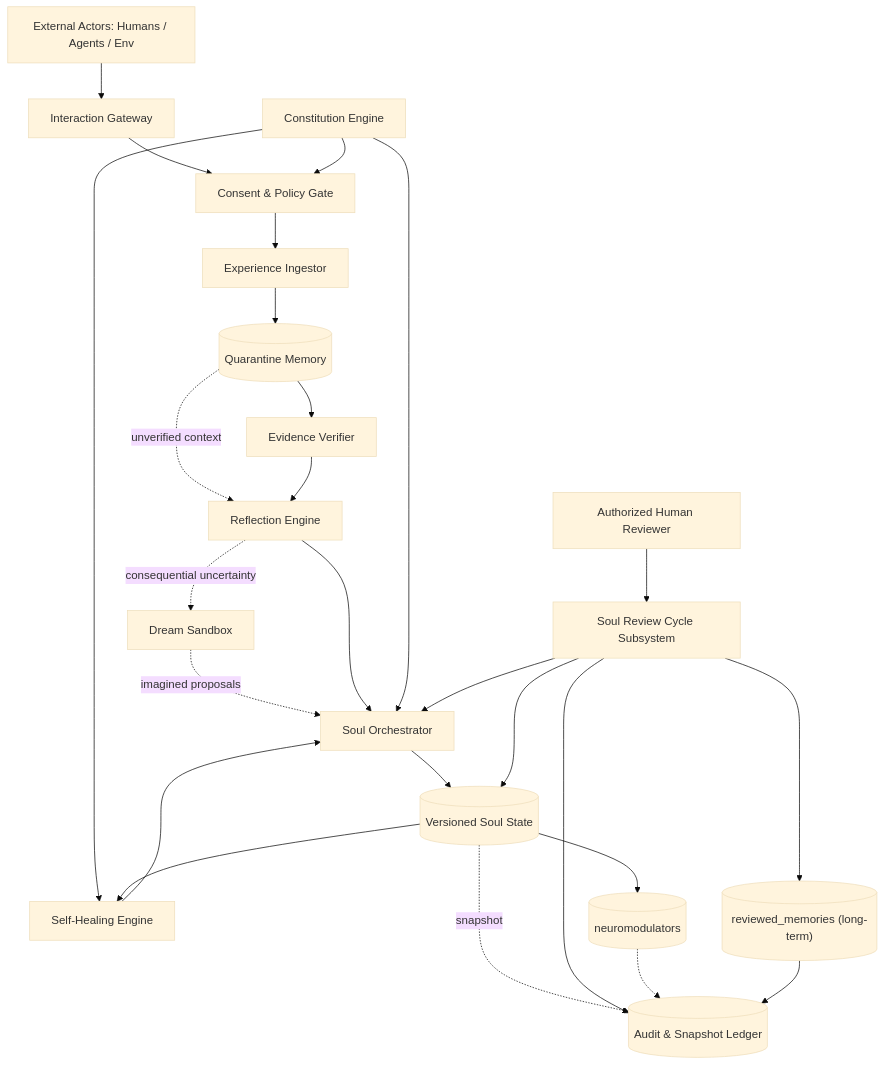
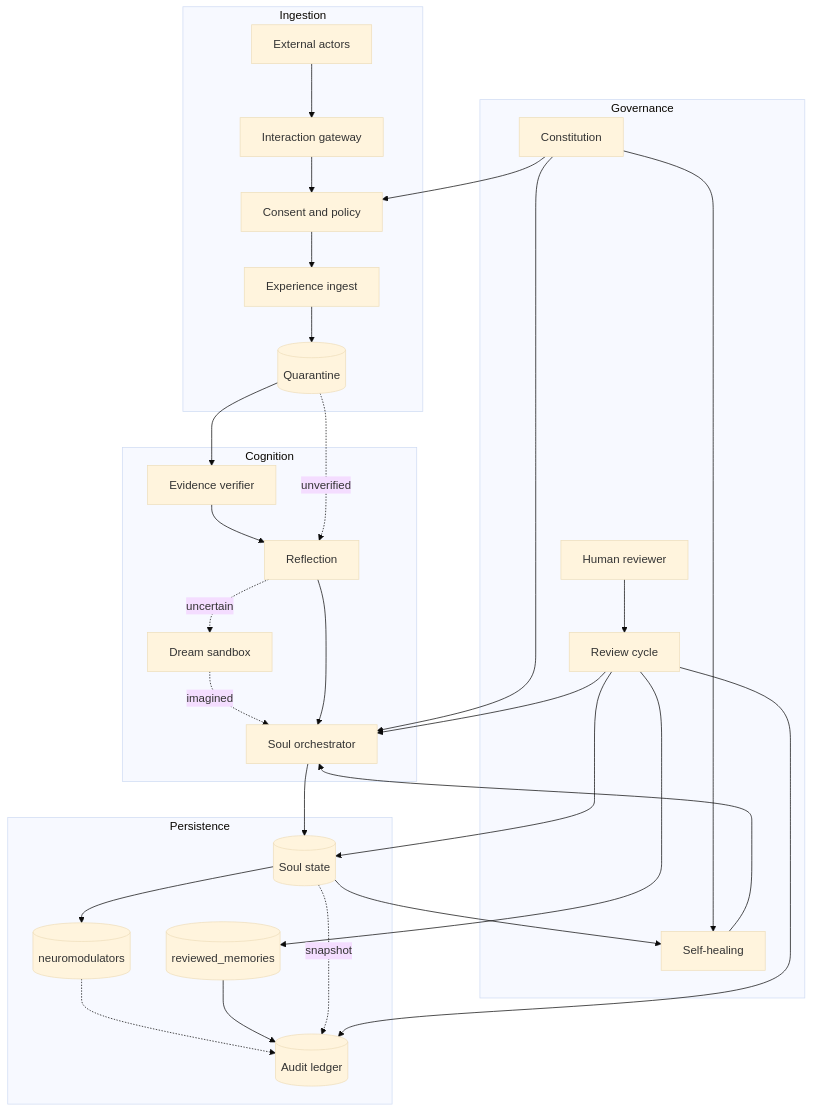
The first of 8 diagrams in docs/ARCHITECTURE.md (Azhonaras/soul-engine), drawn with Mermaid (base theme) before and after one commit. The commit also changed other lines of this file and 6 other files, not shown here.

First line of the commit message:
docs: tighten Mermaid for GitHub and cap mypy below 2.

````diff
--- a/docs/ARCHITECTURE.md
+++ b/docs/ARCHITECTURE.md
@@ -22,35 +22,42 @@
 ```mermaid
 flowchart TD
-    %% 1. Ingestion Layer
-    A["External Actors: Humans / Agents / Env"] --> G["Interaction Gateway"]
-    G --> P["Consent & Policy Gate"]
-    P --> E["Experience Ingestor"]
-    E --> Q[("Quarantine Memory")]
+    subgraph ingest["Ingestion"]
+        actors["External actors"] --> gateway["Interaction gateway"]
+        gateway --> policy["Consent and policy"]
+        policy --> experience["Experience ingest"]
+        experience --> quarantine[("Quarantine")]
+    end
 
-    %% 2. Cognition & Verification Layer
-    Q --> V["Evidence Verifier"]
-    Q -.->|unverified context| R["Reflection Engine"]
-    V --> R
-    R -.->|consequential uncertainty| D["Dream Sandbox"]
-    D -.->|imagined proposals| O["Soul Orchestrator"]
-    R --> O
+    subgraph cognition["Cognition"]
+        verifier["Evidence verifier"] --> reflector["Reflection"]
+        reflector -.->|"uncertain"| dream["Dream sandbox"]
+        dream -.->|"imagined"| orchestrator["Soul orchestrator"]
+        reflector --> orchestrator
+    end
 
-    %% 3. Governance & Review Layer
-    C["Constitution Engine"] --> P
-    C --> O
-    C --> H["Self-Healing Engine"]
-    U["Authorized Human Reviewer"] --> REV["Soul Review Cycle Subsystem"]
-    REV --> O
+    quarantine --> verifier
+    quarantine -.->|"unverified"| reflector
 
-    %% 4. Persistence & Audit Layer
-    O --> S[("Versioned Soul State")]
-    S --> H
-    H --> O
-    S -.->|snapshot| L[("Audit & Snapshot Ledger")]
-    REV --> RM[("reviewed_memories (long-term)")]
-    REV --> S
-    REV --> L
-    S --> NM[("neuromodulators")]
-    NM -.-> L
-    RM --> L
+    subgraph governance["Governance"]
+        reviewer["Human reviewer"] --> reviewCycle["Review cycle"]
+        constitution["Constitution"] --> healer["Self-healing"]
+    end
+
+    constitution --> policy
+    constitution --> orchestrator
+    reviewCycle --> orchestrator
+    healer --> orchestrator
+
+    subgraph persist["Persistence"]
+        soulState[("Soul state")] --> neuromod[("neuromodulators")]
+        neuromod -.-> ledger[("Audit ledger")]
+        reviewed[("reviewed_memories")] --> ledger
+    end
+
+    orchestrator --> soulState
+    soulState --> healer
+    soulState -.->|"snapshot"| ledger
+    reviewCycle --> reviewed
+    reviewCycle --> soulState
+    reviewCycle --> ledger
 ```
````
